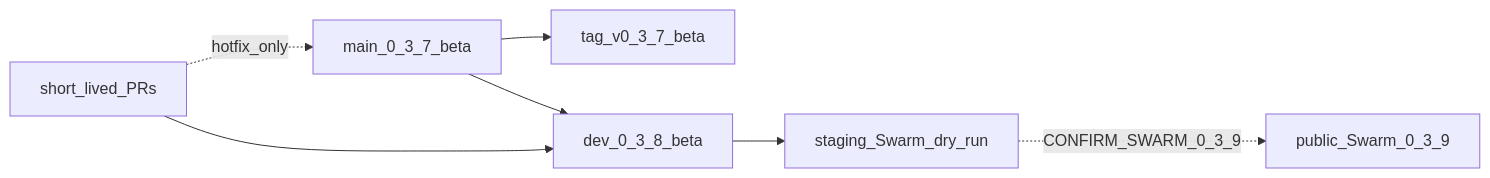
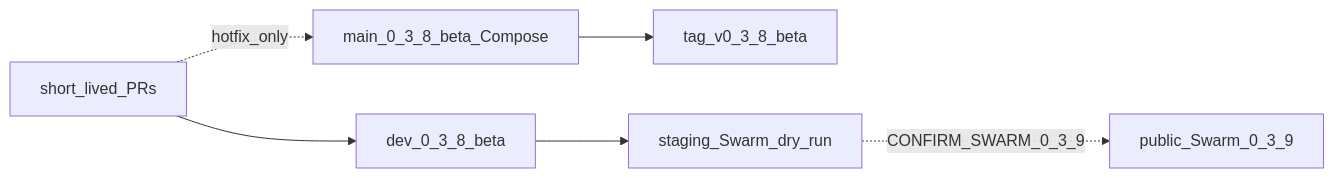
Before and after one commit to ConsciousEnergy/lenr_sim_app: the diagram in LENR_SIM_APP_v2/docs/v0.3.8-beta/VERSION_CONTROL.md, drawn with Mermaid. The commit also changed other lines of this file and 104 other files, not shown here.

First line of the commit message:
release: promote v0.3.8-beta to Compose share (no Swarm cutover) (#251)

````diff
--- a/LENR_SIM_APP_v2/docs/v0.3.8-beta/VERSION_CONTROL.md
+++ b/LENR_SIM_APP_v2/docs/v0.3.8-beta/VERSION_CONTROL.md
@@ -21,15 +21,14 @@
 ```mermaid
 flowchart LR
-  mainLine[main_0_3_7_beta]
-  tag037[tag_v0_3_7_beta]
+  mainLine[main_0_3_8_beta_Compose]
+  tag038[tag_v0_3_8_beta]
   devLine[dev_0_3_8_beta]
   feat[short_lived_PRs]
   staging[staging_Swarm_dry_run]
   public[public_Swarm_0_3_9]
-  mainLine --> tag037
-  mainLine --> devLine
+  mainLine --> tag038
   feat --> devLine
   feat -.->|hotfix_only| mainLine
   devLine --> staging
   staging -.->|CONFIRM_SWARM_0_3_9| public
 ```
````
